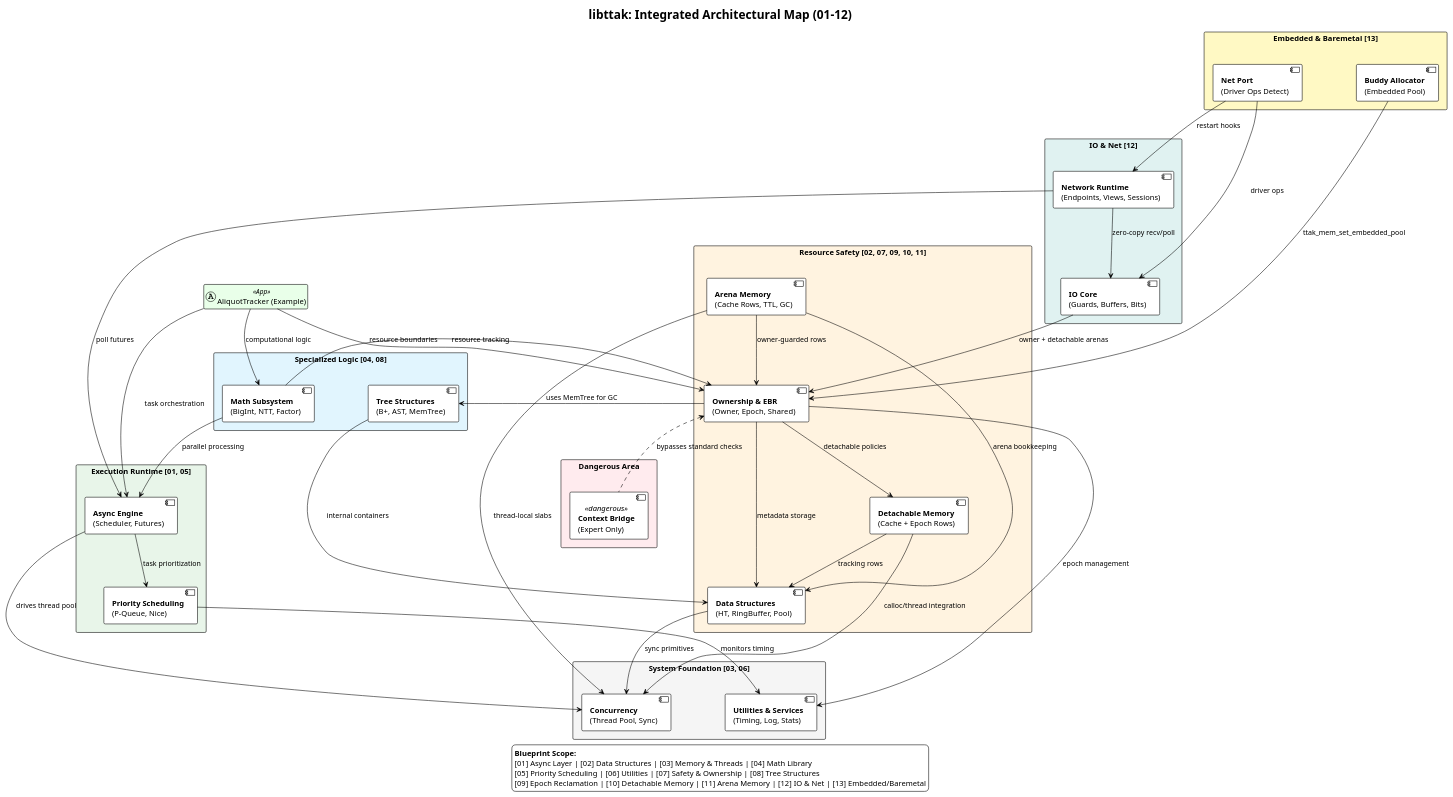
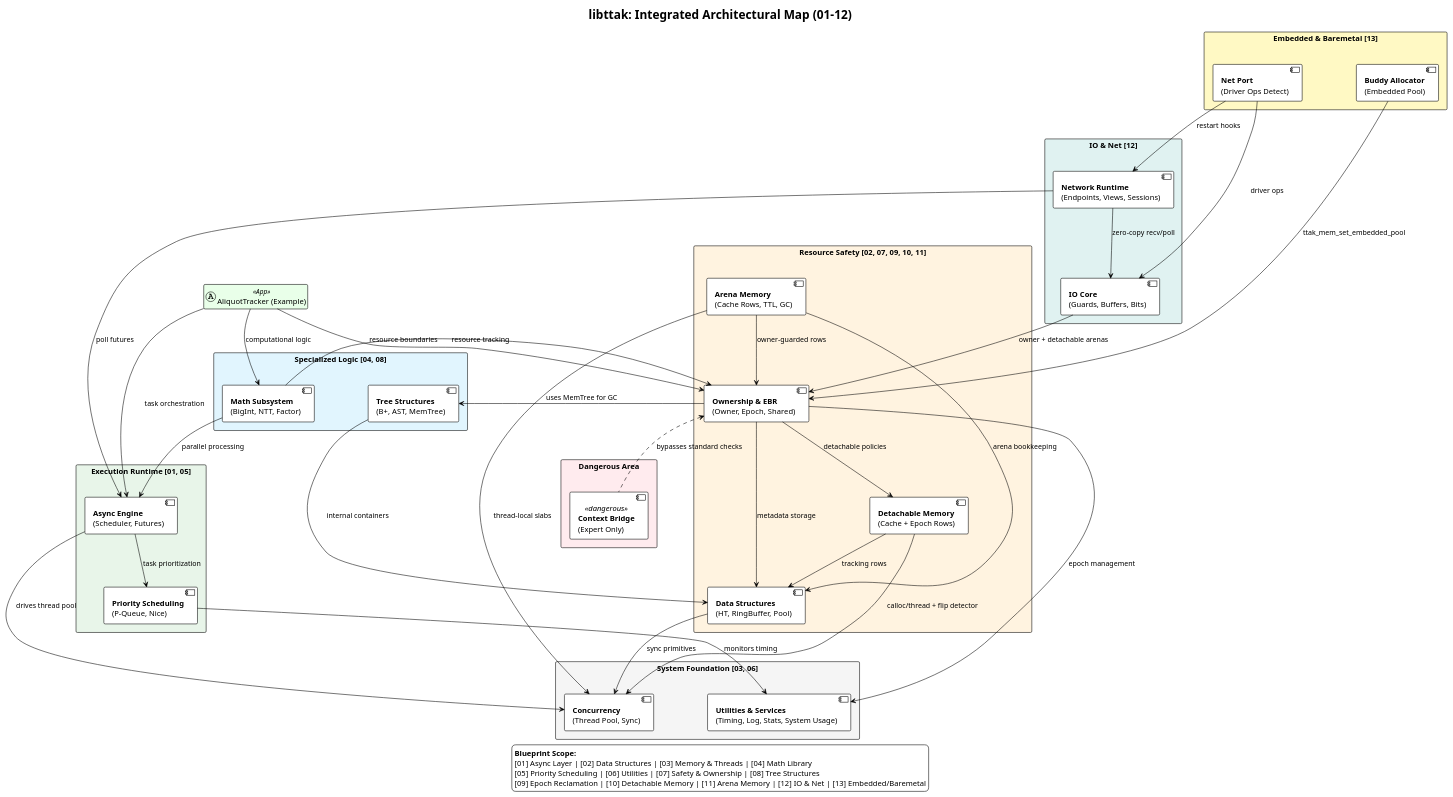
Before and after one commit to Religiya-Serdtsa/libttak: the diagram in blueprints/integration/all.puml, drawn with PlantUML. The commit also changed 8 other files, not shown here.

```diff
--- a/blueprints/integration/all.puml
+++ b/blueprints/integration/all.puml
@@ -1,150 +1,150 @@
 @startuml
 ' libttak - Integrated System Map (Blueprints 01-12)
 !theme plain
 hide empty members
 skinparam packageStyle rectangle
 skinparam shadowing false
 skinparam nodesep 100
 skinparam ranksep 70
 skinparam componentStyle uml2
 
 title libttak: Integrated Architectural Map (01-12)
 
 ' --- APPLICATION LAYER ---
 ' Defined as a class with a stereotype for visual distinction
 class "AliquotTracker (Example)" as App << (A,#E9FFE9) App >> #E9FFE9
 
 ' --- LOGIC LAYER (04, 08) ---
 package "Specialized Logic [04, 08]" #E1F5FE {
     component Math [
         <b>Math Subsystem</b>
         (BigInt, NTT, Factor)
     ]
     component Trees [
         <b>Tree Structures</b>
         (B+, AST, MemTree)
     ]
 }
 
 ' --- EXECUTION LAYER (01, 05) ---
 package "Execution Runtime [01, 05]" #E8F5E9 {
     component Async [
         <b>Async Engine</b>
         (Scheduler, Futures)
     ]
     component Sched [
         <b>Priority Scheduling</b>
         (P-Queue, Nice)
     ]
 }
 
 ' --- RESOURCE LAYER (02, 07, 09) ---
 package "Resource Safety [02, 07, 09, 10, 11]" #FFF3E0 {
     component Safety [
         <b>Ownership & EBR</b>
         (Owner, Epoch, Shared)
     ]
     component DS [
         <b>Data Structures</b>
         (HT, RingBuffer, Pool)
     ]
     component Detach [
         <b>Detachable Memory</b>
         (Cache + Epoch Rows)
     ]
     component Arena [
         <b>Arena Memory</b>
         (Cache Rows, TTL, GC)
     ]
 }
 
 ' --- FOUNDATION LAYER (03, 06) ---
 package "System Foundation [03, 06]" #F5F5F5 {
     component Foundation [
         <b>Concurrency</b>
         (Thread Pool, Sync)
     ]
     component Utils [
         <b>Utilities & Services</b>
-        (Timing, Log, Stats)
+        (Timing, Log, Stats, System Usage)
     ]
 }
 
 ' --- DANGEROUS AREA ---
 package "Dangerous Area" #FFEBEE {
     ' Uses the <<dangerous>> stereotype as requested
     component Bridge <<dangerous>> [
         <b>Context Bridge</b>
         (Expert Only)
     ]
 }
 
 package "IO & Net [12]" #E0F2F1 {
     component IOCore [
         <b>IO Core</b>
         (Guards, Buffers, Bits)
     ]
     component NetWire [
         <b>Network Runtime</b>
         (Endpoints, Views, Sessions)
     ]
 }
 
 ' --- INTEGRATION FLOWS ---
 
 ' Application Entry Points
 App -down-> Math : "computational logic"
 App -down-> Async : "task orchestration"
 App -down-> Safety : "resource boundaries"
 
 ' Logic Dependencies
 Math -down-> Async : "parallel processing"
 Math -down-> Safety : "resource tracking"
 Trees -down-> DS : "internal containers"
 Safety -down-> Trees : "uses MemTree for GC"
 
 ' Execution Dependencies
 Async -down-> Sched : "task prioritization"
 Async -down-> Foundation : "drives thread pool"
 Sched -down-> Utils : "monitors timing"
 
 ' Resource & Foundation Dependencies
 Safety -down-> Utils : "epoch management"
 Safety -down-> DS : "metadata storage"
 Safety -down-> Detach : "detachable policies"
 Detach -down-> DS : "tracking rows"
-Detach -down-> Foundation : "calloc/thread integration"
+Detach -down-> Foundation : "calloc/thread + flip detector"
 DS -down-> Foundation : "sync primitives"
 Arena -down-> Safety : "owner-guarded rows"
 Arena -down-> DS : "arena bookkeeping"
 Arena -down-> Foundation : "thread-local slabs"
 IOCore -down-> Safety : "owner + detachable arenas"
 NetWire -down-> IOCore : "zero-copy recv/poll"
 NetWire -down-> Async : "poll futures"
 
 ' Dangerous Bypass
 Bridge .up.> Safety : "bypasses standard checks"
 
 package "Embedded & Baremetal [13]" #FFF9C4 {
     component Buddy [
         <b>Buddy Allocator</b>
         (Embedded Pool)
     ]
     component NetPort [
         <b>Net Port</b>
         (Driver Ops Detect)
     ]
 }
 
 Buddy -down-> Safety : "ttak_mem_set_embedded_pool"
 NetPort -down-> IOCore : "driver ops"
 NetPort -down-> NetWire : "restart hooks"
 
 legend bottom
   **Blueprint Scope:**
   [01] Async Layer | [02] Data Structures | [03] Memory & Threads | [04] Math Library
   [05] Priority Scheduling | [06] Utilities | [07] Safety & Ownership | [08] Tree Structures
   [09] Epoch Reclamation | [10] Detachable Memory | [11] Arena Memory | [12] IO & Net | [13] Embedded/Baremetal
 endlegend
 
 @enduml
```
